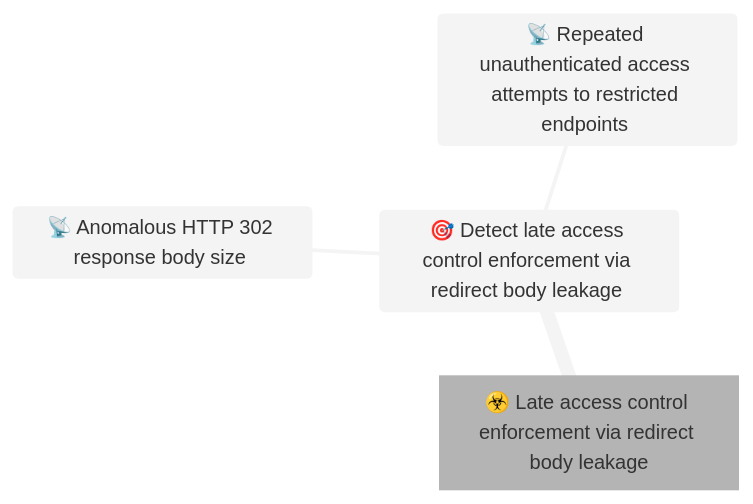
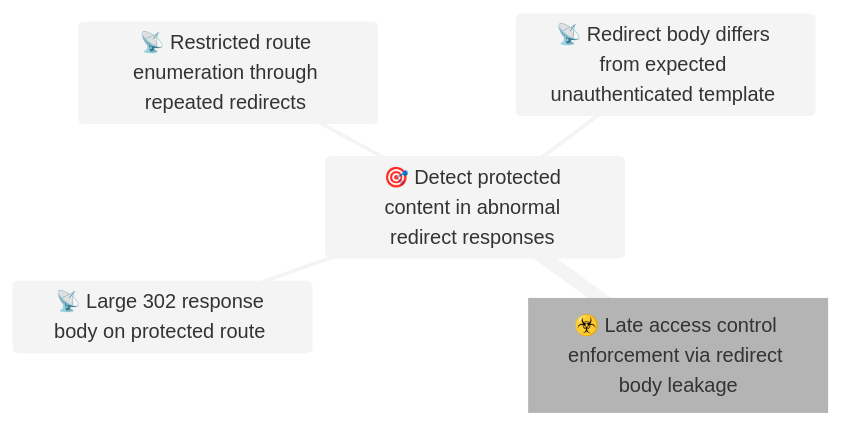
The first of 2 diagrams in Models/Threat Vectors/☣️ Late access control enforcement via redirect body leakage.md (OpenTideHQ/WikiTide), drawn with Mermaid (neutral theme) before and after one commit. The commit also changed other lines of this file and 8 other files, not shown here.

````diff
--- a/Models/Threat Vectors/☣️ Late access control enforcement via redirect body leakage.md
+++ b/Models/Threat Vectors/☣️ Late access control enforcement via redirect body leakage.md
@@ -78,12 +78,13 @@
 ```mermaid
 
 mindmap
 Root[☣️ Late access control enforcement via redirect body leakage]
     
-      🎯 Detect late access control enforcement via redirect body leakage 
-          📡 Anomalous HTTP 302 response body size 
-          📡 Repeated unauthenticated access attempts to restricted endpoints 
+      🎯 Detect protected content in abnormal redirect responses 
+          📡 Large 302 response body on protected route 
+          📡 Restricted route enumeration through repeated redirects 
+          📡 Redirect body differs from expected unauthenticated template 
     
 
 
 ```
````
